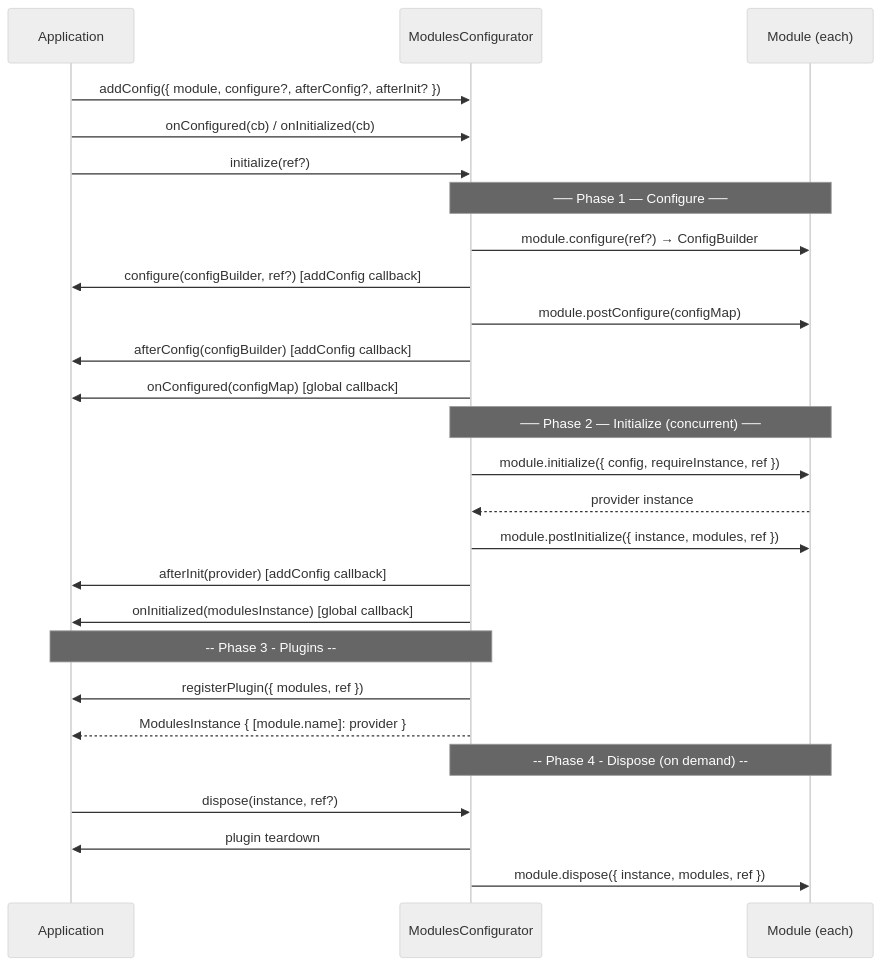
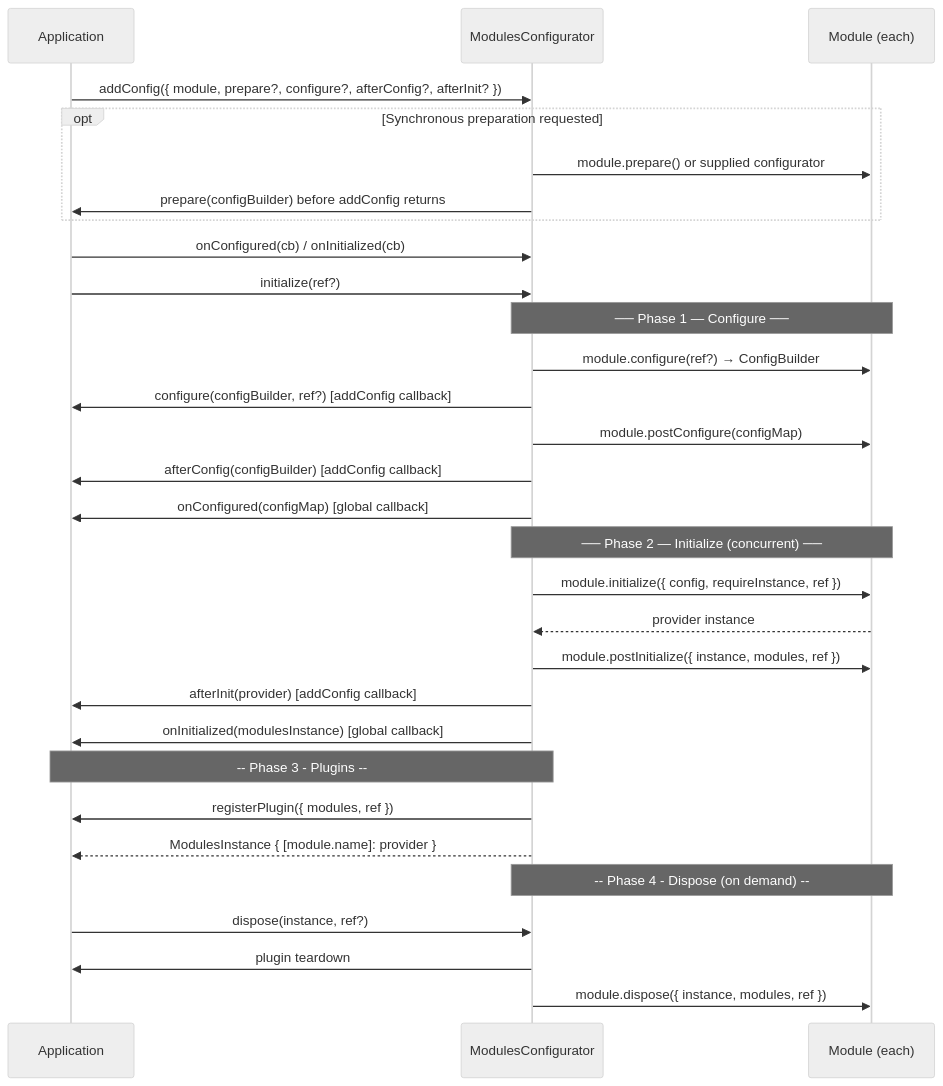
The diagram in packages/modules/module/docs/lifecycle.md (equinor/fusion-framework), drawn with Mermaid (neutral theme) before and after one commit. The commit also changed other lines of this file and 86 other files, not shown here.

````diff
--- a/packages/modules/module/docs/lifecycle.md
+++ b/packages/modules/module/docs/lifecycle.md
@@ -13,34 +13,38 @@
 ```mermaid
 sequenceDiagram
     participant App as Application
     participant Cfg as ModulesConfigurator
     participant Mod as Module (each)
 
-    App->>Cfg: addConfig({ module, configure?, afterConfig?, afterInit? })
+    App->>Cfg: addConfig({ module, prepare?, configure?, afterConfig?, afterInit? })
+    opt Synchronous preparation requested
+        Cfg->>Mod: module.prepare() or supplied configurator
+        Cfg->>App: prepare(configBuilder) before addConfig returns
+    end
     App->>Cfg: onConfigured(cb) / onInitialized(cb)
     App->>Cfg: initialize(ref?)
 
     Note over Cfg,Mod: ── Phase 1 — Configure ──
     Cfg->>Mod: module.configure(ref?) → ConfigBuilder
     Cfg->>App: configure(configBuilder, ref?)  [addConfig callback]
     Cfg->>Mod: module.postConfigure(configMap)
     Cfg->>App: afterConfig(configBuilder)       [addConfig callback]
     Cfg->>App: onConfigured(configMap)           [global callback]
 
     Note over Cfg,Mod: ── Phase 2 — Initialize (concurrent) ──
     Cfg->>Mod: module.initialize({ config, requireInstance, ref })
     Mod-->>Cfg: provider instance
     Cfg->>Mod: module.postInitialize({ instance, modules, ref })
     Cfg->>App: afterInit(provider)               [addConfig callback]
     Cfg->>App: onInitialized(modulesInstance)    [global callback]
 
     Note over Cfg,App: -- Phase 3 - Plugins --
     Cfg->>App: registerPlugin({ modules, ref })
 
     Cfg-->>App: ModulesInstance { [module.name]: provider }
 
     Note over Cfg,Mod: -- Phase 4 - Dispose (on demand) --
     App->>Cfg: dispose(instance, ref?)
     Cfg->>App: plugin teardown
     Cfg->>Mod: module.dispose({ instance, modules, ref })
 ```
````
